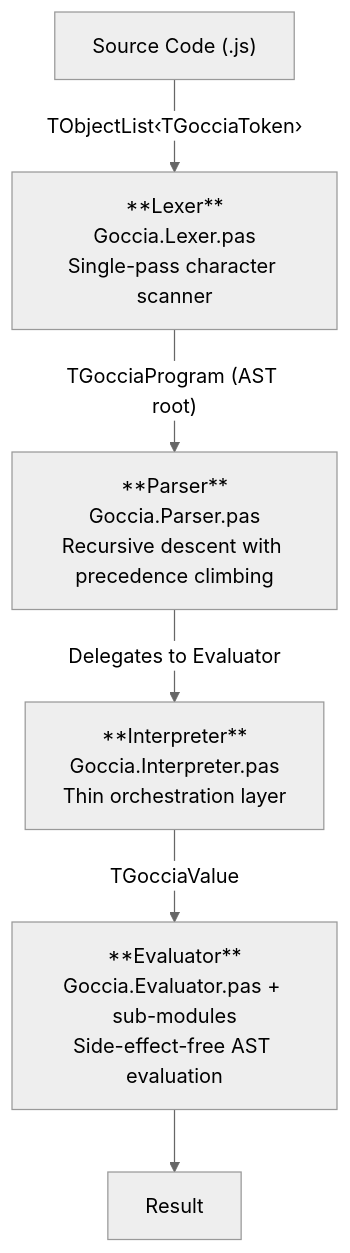
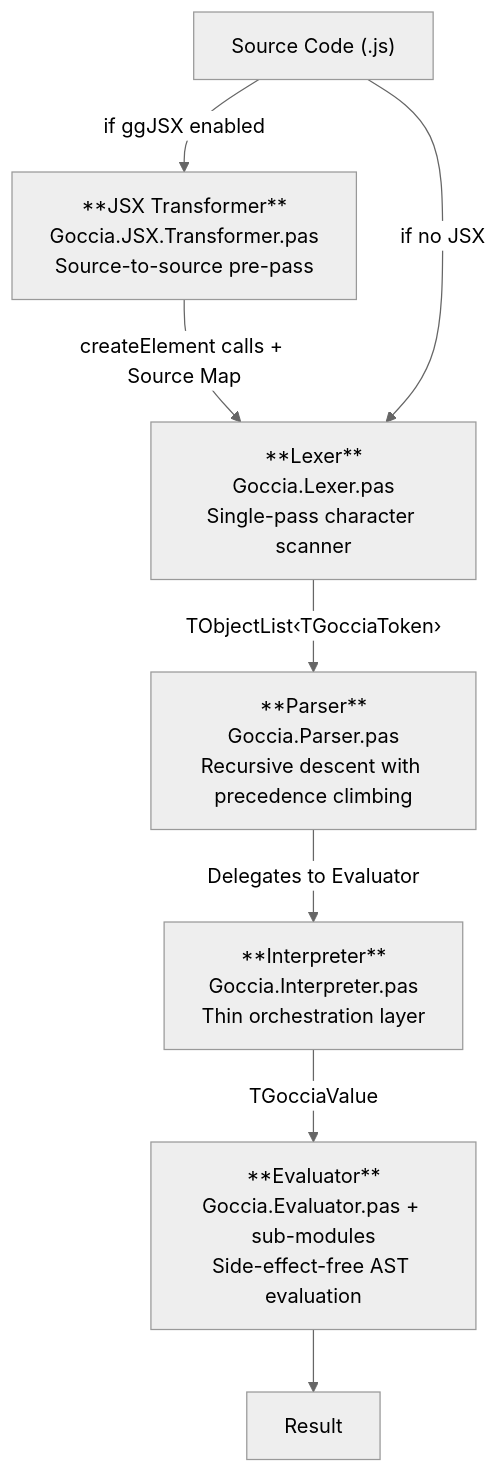
The first of 4 diagrams in docs/architecture.md (frostney/GocciaScript), drawn with Mermaid (neutral theme) before and after one commit. The commit also changed other lines of this file and 24 other files, not shown here.

First line of the commit message:
JSX parsing as source-to-source pre-pass (#16)

````diff
--- a/docs/architecture.md
+++ b/docs/architecture.md
@@ -7,13 +7,16 @@
 ```mermaid
 flowchart TD
     Source["Source Code (.js)"]
-    Source -->|"TObjectList‹TGocciaToken›"| Lexer
+    Source -->|"if ggJSX enabled"| JSXTransformer
+    JSXTransformer["**JSX Transformer**\nGoccia.JSX.Transformer.pas\nSource-to-source pre-pass"]
+    JSXTransformer -->|"createElement calls + Source Map"| Lexer
+    Source -->|"if no JSX"| Lexer
     Lexer["**Lexer**\nGoccia.Lexer.pas\nSingle-pass character scanner"]
-    Lexer -->|"TGocciaProgram (AST root)"| Parser
+    Lexer -->|"TObjectList‹TGocciaToken›"| Parser
     Parser["**Parser**\nGoccia.Parser.pas\nRecursive descent with precedence climbing"]
     Parser -->|"Delegates to Evaluator"| Interpreter
     Interpreter["**Interpreter**\nGoccia.Interpreter.pas\nThin orchestration layer"]
     Interpreter -->|"TGocciaValue"| Evaluator
     Evaluator["**Evaluator**\nGoccia.Evaluator.pas + sub-modules\nSide-effect-free AST evaluation"]
     Evaluator --> Result
 ```
````
